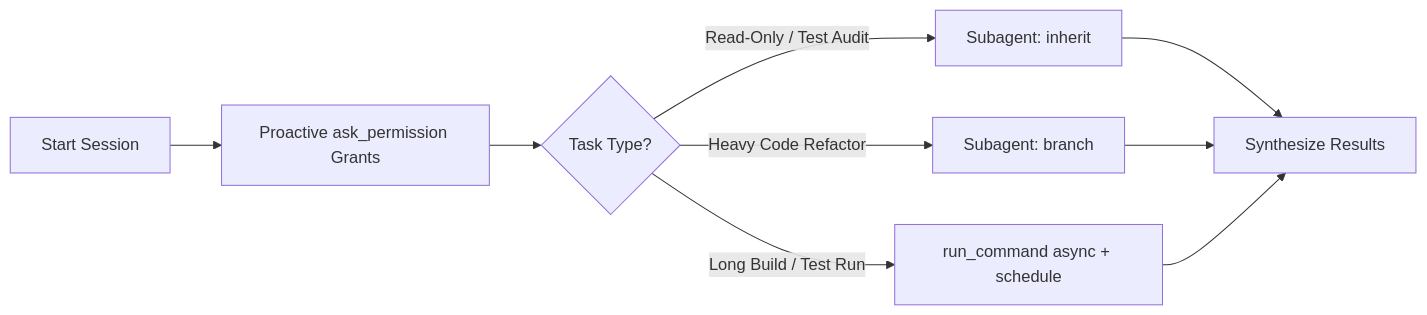
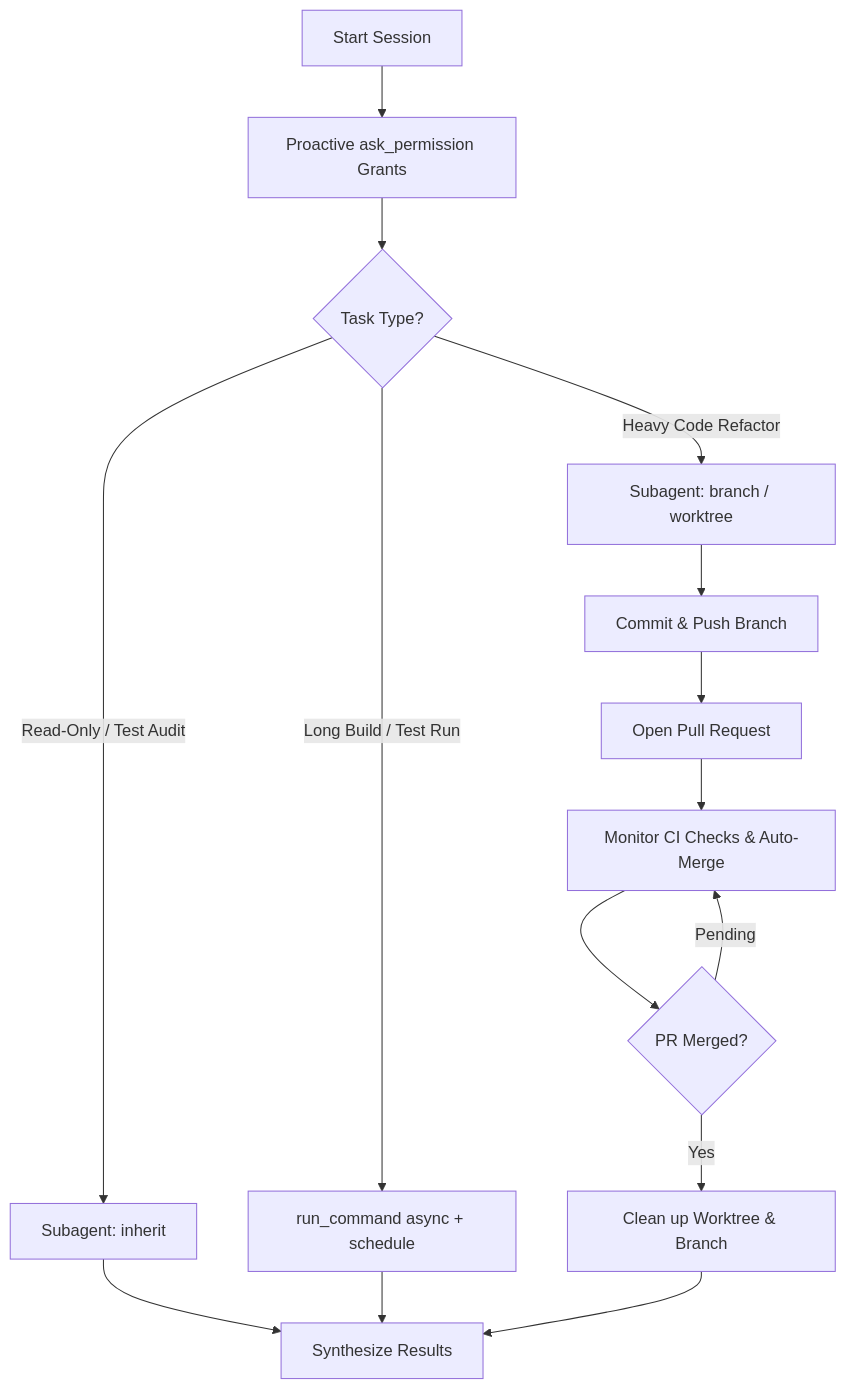
One commit to brandon-fox/alos changed the diagram in .agents/skills/agentic-autonomy/SKILL.md. Above: the diagram before and after it, drawn with Mermaid. The commit also changed other lines of this file and 3 other files, not shown here.

````diff
--- a/.agents/skills/agentic-autonomy/SKILL.md
+++ b/.agents/skills/agentic-autonomy/SKILL.md
@@ -60,11 +60,17 @@
 ```mermaid
-flowchart LR
+flowchart TD
     A[Start Session] --> B[Proactive ask_permission Grants]
     B --> C{Task Type?}
     C -->|Read-Only / Test Audit| D[Subagent: inherit]
-    C -->|Heavy Code Refactor| E[Subagent: branch]
+    C -->|Heavy Code Refactor| E[Subagent: branch / worktree]
     C -->|Long Build / Test Run| F[run_command async + schedule]
     D --> G[Synthesize Results]
-    E --> G
     F --> G
+    E --> H[Commit & Push Branch]
+    H --> I[Open Pull Request]
+    I --> J[Monitor CI Checks & Auto-Merge]
+    J --> K{PR Merged?}
+    K -->|Yes| L[Clean up Worktree & Branch]
+    K -->|Pending| J
+    L --> G
 ```
````
